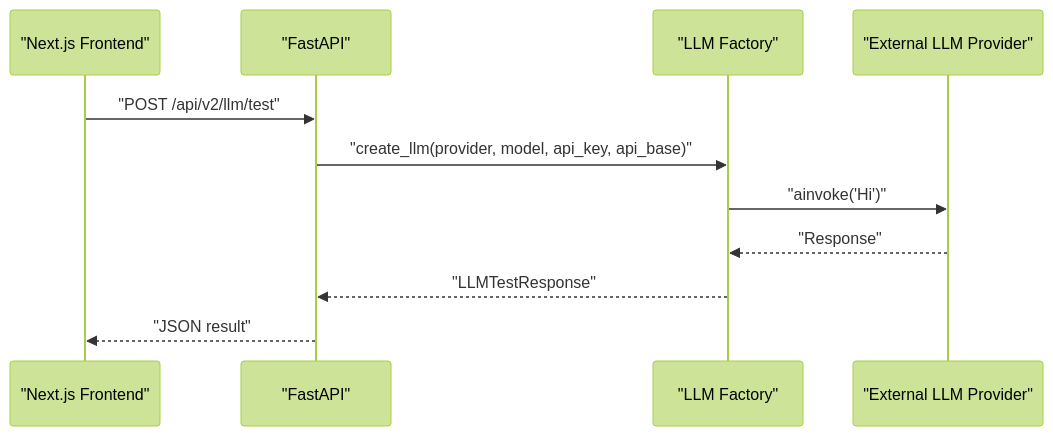
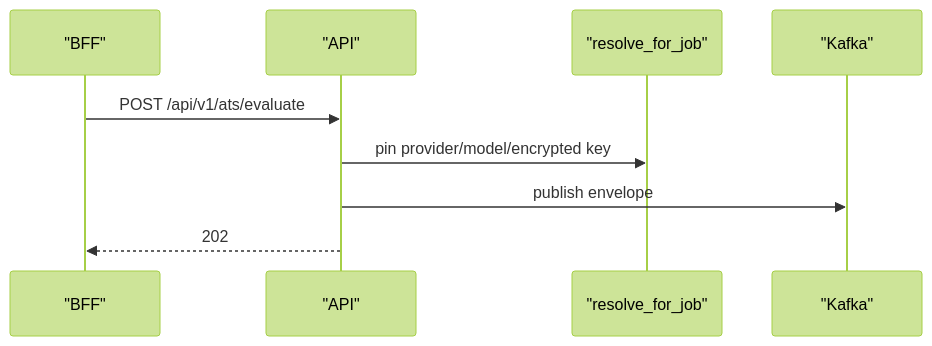
The fourth of 6 diagrams in src/data/docs/talentsync/Project Overview/Technical Architecture Overview.md (tashifkhan/tashif.codes), drawn with Mermaid (forest theme) before and after one commit. The commit also changed other lines of this file and 2128 other files, not shown here.

First line of the commit message:
docs: replace raster diagram images with native Mermaid across project guides

````diff
--- a/src/data/docs/talentsync/Project Overview/Technical Architecture Overview.md
+++ b/src/data/docs/talentsync/Project Overview/Technical Architecture Overview.md
@@ -111,13 +106,11 @@
 ```mermaid
 sequenceDiagram
-participant Client as "Next.js Frontend"
-participant Backend as "FastAPI"
-participant LLM as "LLM Factory"
-participant Provider as "External LLM Provider"
-Client->>Backend : "POST /api/v2/llm/test"
-Backend->>LLM : "create_llm(provider, model, api_key, api_base)"
-LLM->>Provider : "ainvoke('Hi')"
-Provider-->>LLM : "Response"
-LLM-->>Backend : "LLMTestResponse"
-Backend-->>Client : "JSON result"
+participant Client as "BFF"
+participant Backend as "API"
+participant LLM as "resolve_for_job"
+participant K as "Kafka"
+Client->>Backend : POST /api/v1/ats/evaluate
+Backend->>LLM : pin provider/model/encrypted key
+Backend->>K : publish envelope
+Backend-->>Client : 202
 ```
````
